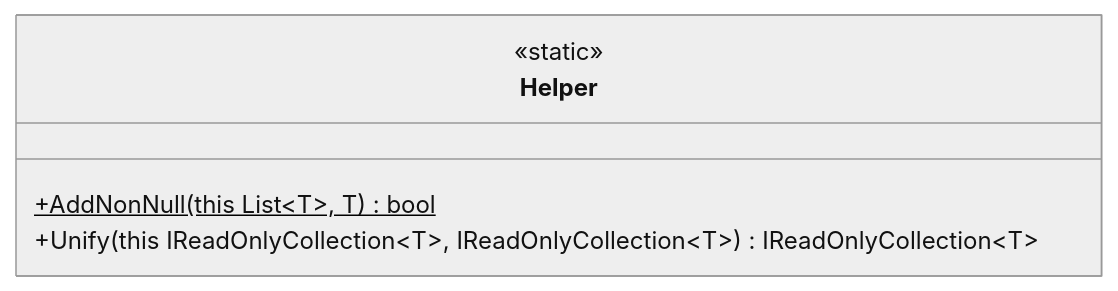
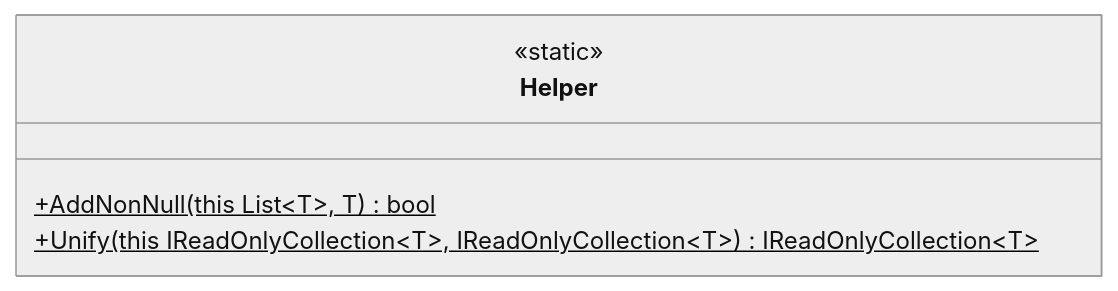
Before and after one commit to JeanLColombo/Mate: the fifth of 6 diagrams in UML Diagram/Core/Extensions.md, drawn with Mermaid (neutral theme). The commit also changed other lines of this file and 6 other files, not shown here.

````diff
--- a/UML Diagram/Core/Extensions.md
+++ b/UML Diagram/Core/Extensions.md
@@ -37,8 +37,8 @@
 ```mermaid
     classDiagram
     class Helper{
         <<static>>
         +AddNonNull(this List~T~, T)$ bool
-        +Unify(this IReadOnlyCollection~T~, IReadOnlyCollection~T~) IReadOnlyCollection~T~
+        +Unify(this IReadOnlyCollection~T~, IReadOnlyCollection~T~)$ IReadOnlyCollection~T~
     }
 ```
````
